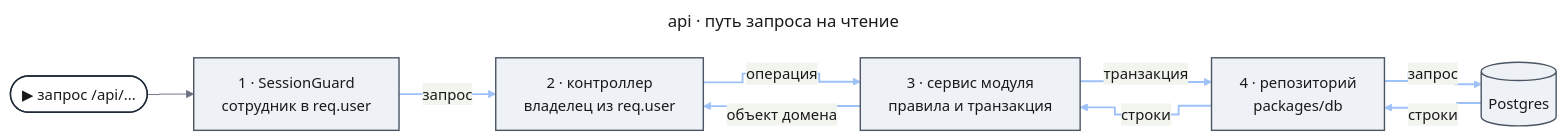
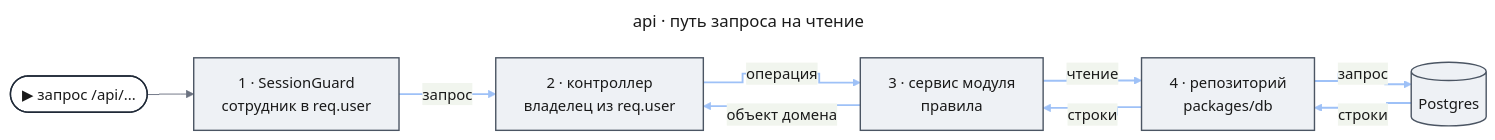
One commit to tundraray/agent-os changed the diagram in docs/code-system/packages/api.md. Above: the diagram before and after it, drawn with Mermaid. The commit also changed other lines of this file and 61 other files, not shown here.

````diff
--- a/docs/code-system/packages/api.md
+++ b/docs/code-system/packages/api.md
@@ -5,50 +5,50 @@
 ```mermaid
 ---
 title: "api · путь запроса на чтение"
 config:
   theme: base
   look: classic
   themeVariables:
     primaryColor: "#eef1f5"
     primaryBorderColor: "#4b5563"
     primaryTextColor: "#1a1a1a"
     lineColor: "#6b7280"
   flowchart:
     curve: step
   themeCSS: |
     @keyframes litr_api{0%,12.85%{stroke:#1d4ed8;stroke-width:6px}14.28%,100%{stroke:#9ec1f7;stroke-width:2px}}
 ---
 flowchart LR
     entry(["▶ запрос /api/..."])
     guard["1 · SessionGuard<br/>сотрудник в req.user"]
     ctrl["2 · контроллер<br/>владелец из req.user"]
-    svc["3 · сервис модуля<br/>правила и транзакция"]
+    svc["3 · сервис модуля<br/>правила"]
     repo["4 · репозиторий<br/>packages/db"]
     pg[("Postgres")]
     entry --> guard
     guard e1@-->|"запрос"| ctrl
     ctrl e2@-->|"операция"| svc
-    svc e3@-->|"транзакция"| repo
+    svc e3@-->|"чтение"| repo
     repo e4@-->|"запрос"| pg
     pg e5@-->|"строки"| repo
     repo e6@-->|"строки"| svc
     svc e7@-->|"объект домена"| ctrl
     classDef r1 stroke:#9ec1f7,stroke-width:2px,animation:litr_api 8.4s linear 0s infinite
     classDef r2 stroke:#9ec1f7,stroke-width:2px,animation:litr_api 8.4s linear 1.2s infinite
     classDef r3 stroke:#9ec1f7,stroke-width:2px,animation:litr_api 8.4s linear 2.4s infinite
     classDef r4 stroke:#9ec1f7,stroke-width:2px,animation:litr_api 8.4s linear 3.6s infinite
     classDef r5 stroke:#9ec1f7,stroke-width:2px,animation:litr_api 8.4s linear 4.8s infinite
     classDef r6 stroke:#9ec1f7,stroke-width:2px,animation:litr_api 8.4s linear 6s infinite
     classDef r7 stroke:#9ec1f7,stroke-width:2px,animation:litr_api 8.4s linear 7.2s infinite
     class e1 r1
     class e2 r2
     class e3 r3
     class e4 r4
     class e5 r5
     class e6 r6
     class e7 r7
     classDef entry fill:#ffffff,stroke:#1f2937,stroke-width:1.5px,color:#1a1a1a
     classDef unchanged fill:#eef1f5,stroke:#4b5563,stroke-width:1.5px,color:#1a1a1a
     class entry entry
     class guard,ctrl,svc,repo,pg unchanged
 ```
````
